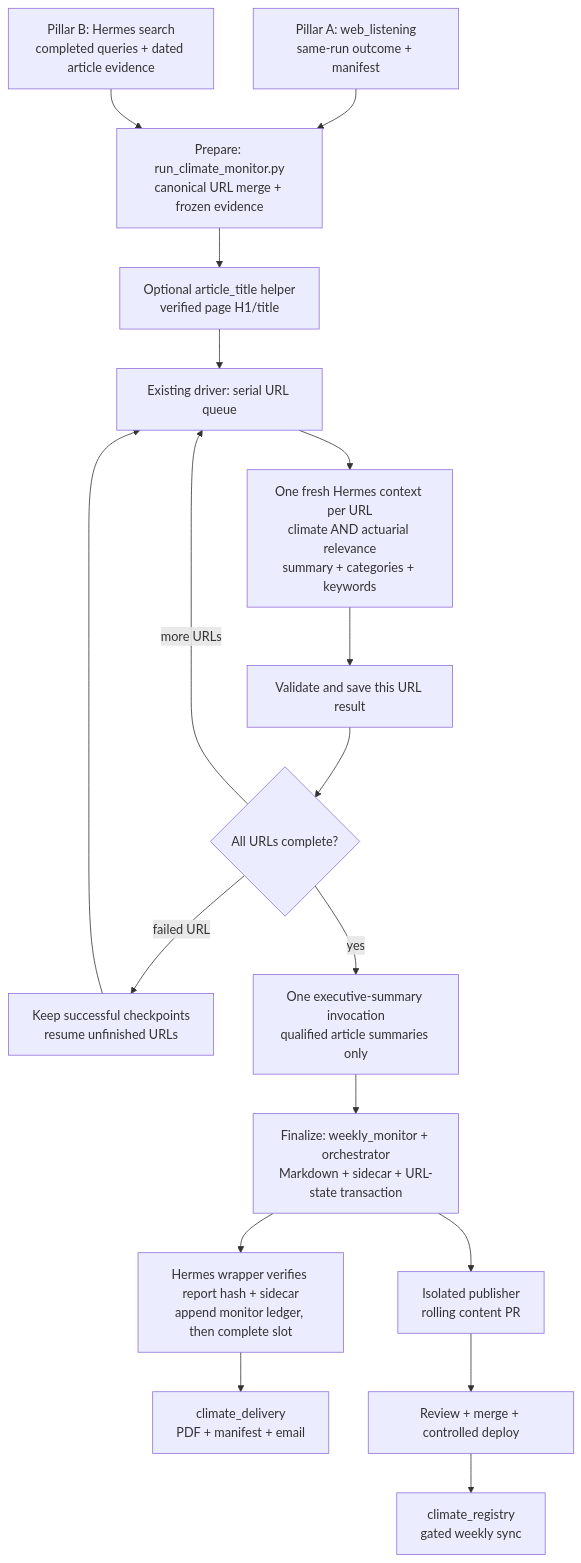
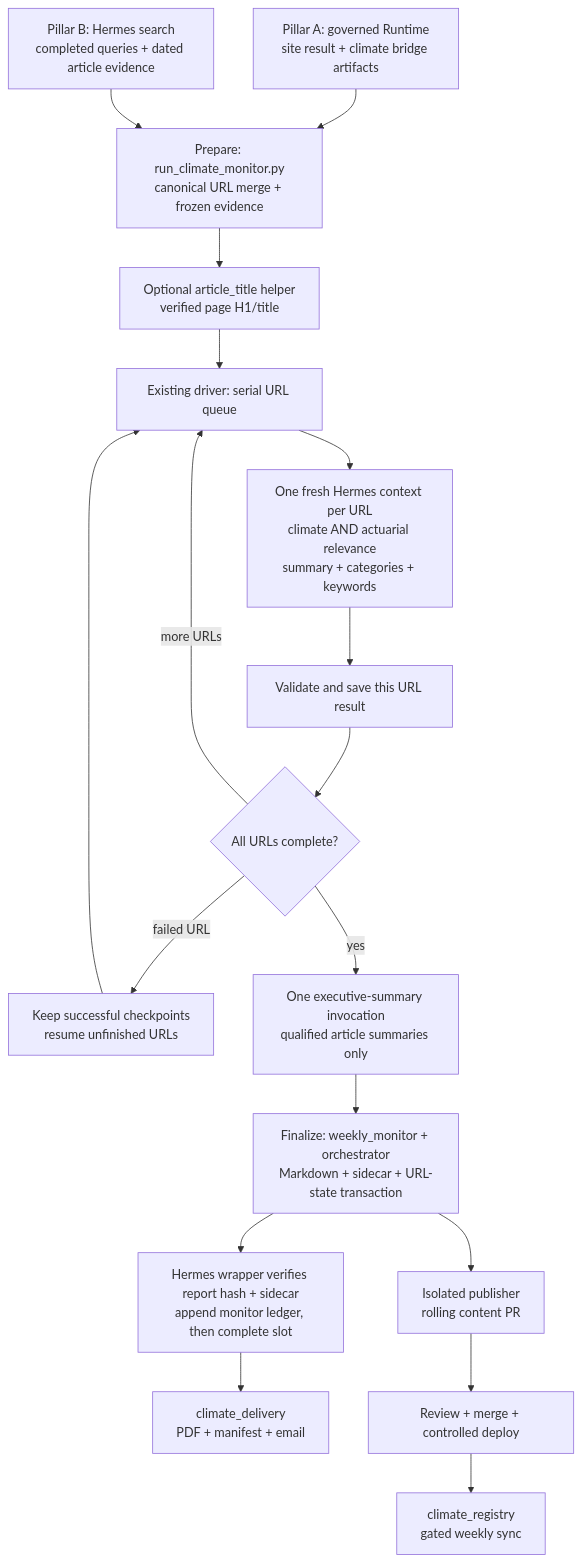
One commit to ferryhe/climate_monitor_wiki changed the first of 2 diagrams in README.md. Above: the diagram before and after it, drawn with Mermaid. The commit also changed other lines of this file and 41 other files, not shown here.

First line of the commit message:
Replace legacy Pillar A acquisition with web_listening_new (#127)

````diff
--- a/README.md
+++ b/README.md
@@ -153,20 +153,20 @@
 ```mermaid
 flowchart TD
-    A["Pillar A: web_listening<br/>same-run outcome + manifest"] --> P
+    A["Pillar A: governed Runtime<br/>site result + climate bridge artifacts"] --> P
     B["Pillar B: Hermes search<br/>completed queries + dated article evidence"] --> P
     P["Prepare: run_climate_monitor.py<br/>canonical URL merge + frozen evidence"] --> T
     T["Optional article_title helper<br/>verified page H1/title"] --> Q
     Q["Existing driver: serial URL queue"] --> U
     U["One fresh Hermes context per URL<br/>climate AND actuarial relevance<br/>summary + categories + keywords"] --> V
     V["Validate and save this URL result"] --> N{"All URLs complete?"}
     N -->|more URLs| Q
     N -->|failed URL| R["Keep successful checkpoints<br/>resume unfinished URLs"]
     R --> Q
     N -->|yes| E["One executive-summary invocation<br/>qualified article summaries only"]
     E --> F["Finalize: weekly_monitor + orchestrator<br/>Markdown + sidecar + URL-state transaction"]
     F --> L["Hermes wrapper verifies report hash + sidecar<br/>append monitor ledger, then complete slot"]
     L --> D["climate_delivery<br/>PDF + manifest + email"]
     F --> W["Isolated publisher<br/>rolling content PR"]
     W --> M["Review + merge + controlled deploy"]
     M --> G["climate_registry<br/>gated weekly sync"]
 ```
````
